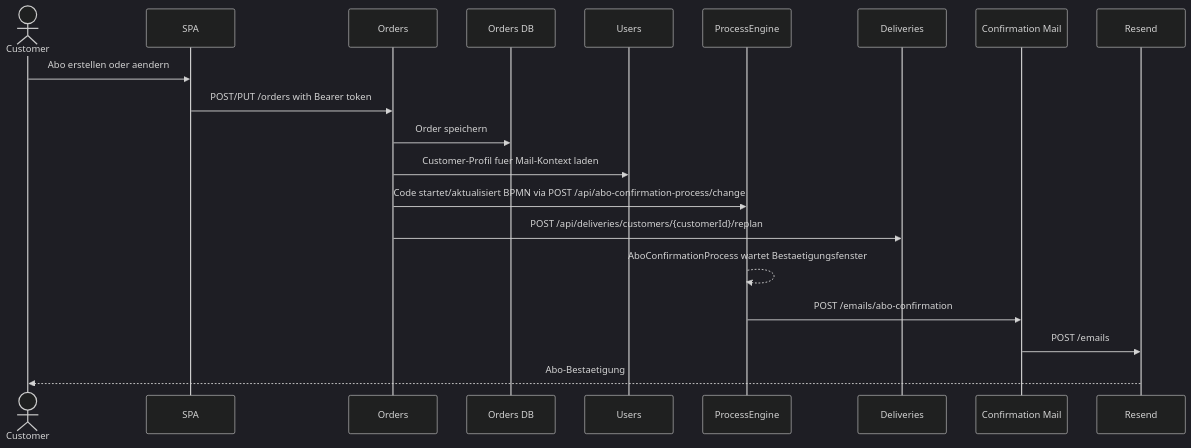
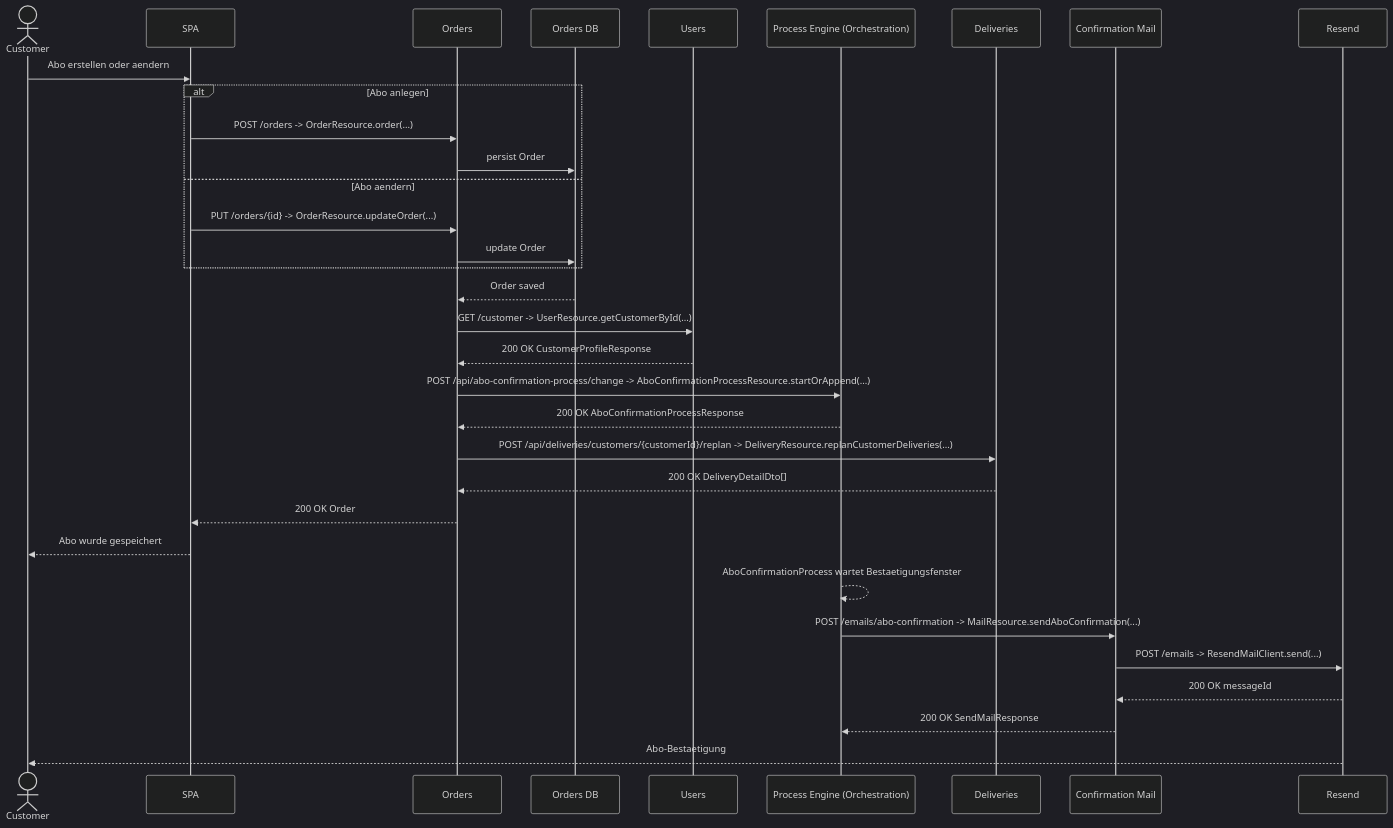
One commit to thi-projekte/ReStockOffice changed the third of 7 diagrams in docs/system-architecture.md. Above: the diagram before and after it, drawn with Mermaid (dark theme). The commit also changed other lines of this file, not shown here.

````diff
--- a/docs/system-architecture.md
+++ b/docs/system-architecture.md
@@ -139,23 +139,36 @@
 ```mermaid
 sequenceDiagram
     actor Customer
     participant SPA
     participant Orders
     participant OrdersDB as Orders DB
     participant Users
-    participant ProcessEngine
+    participant ProcessEngine as Process Engine (Orchestration)
     participant Deliveries
     participant Mailer as Confirmation Mail
     participant Resend
 
     Customer->>SPA: Abo erstellen oder aendern
-    SPA->>Orders: POST/PUT /orders with Bearer token
-    Orders->>OrdersDB: Order speichern
-    Orders->>Users: Customer-Profil fuer Mail-Kontext laden
-    Orders->>ProcessEngine: Code startet/aktualisiert BPMN via POST /api/abo-confirmation-process/change
-    Orders->>Deliveries: POST /api/deliveries/customers/{customerId}/replan
+    alt Abo anlegen
+        SPA->>Orders: POST /orders -> OrderResource.order(...)
+        Orders->>OrdersDB: persist Order
+    else Abo aendern
+        SPA->>Orders: PUT /orders/{id} -> OrderResource.updateOrder(...)
+        Orders->>OrdersDB: update Order
+    end
+    OrdersDB-->>Orders: Order saved
+    Orders->>Users: GET /customer -> UserResource.getCustomerById(...)
+    Users-->>Orders: 200 OK CustomerProfileResponse
+    Orders->>ProcessEngine: POST /api/abo-confirmation-process/change -> AboConfirmationProcessResource.startOrAppend(...)
+    ProcessEngine-->>Orders: 200 OK AboConfirmationProcessResponse
+    Orders->>Deliveries: POST /api/deliveries/customers/{customerId}/replan -> DeliveryResource.replanCustomerDeliveries(...)
+    Deliveries-->>Orders: 200 OK DeliveryDetailDto[]
+    Orders-->>SPA: 200 OK Order
+    SPA-->>Customer: Abo wurde gespeichert
     ProcessEngine-->>ProcessEngine: AboConfirmationProcess wartet Bestaetigungsfenster
-    ProcessEngine->>Mailer: POST /emails/abo-confirmation
-    Mailer->>Resend: POST /emails
+    ProcessEngine->>Mailer: POST /emails/abo-confirmation -> MailResource.sendAboConfirmation(...)
+    Mailer->>Resend: POST /emails -> ResendMailClient.send(...)
+    Resend-->>Mailer: 200 OK messageId
+    Mailer-->>ProcessEngine: 200 OK SendMailResponse
     Resend-->>Customer: Abo-Bestaetigung
 ```
````
